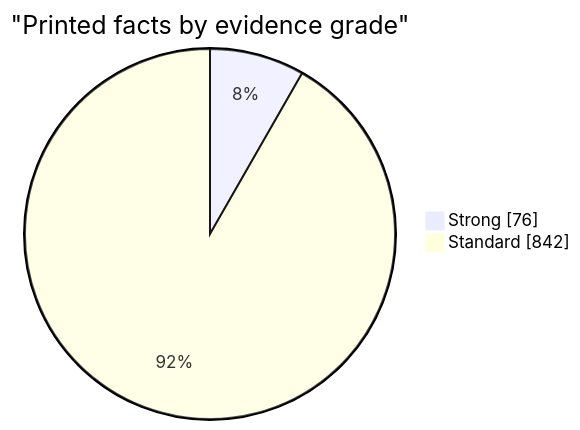
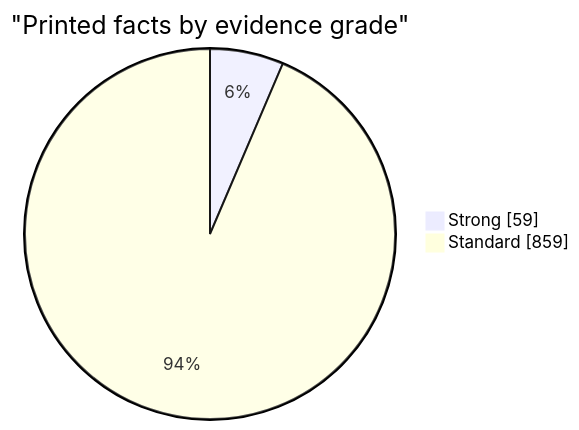
The first of 5 diagrams in docs/evidence.md (EU27-data-sovereignty/eu27-data-sovereignty), drawn with Mermaid before and after one commit. The commit also changed other lines of this file and 37 other files, not shown here.

````diff
--- a/docs/evidence.md
+++ b/docs/evidence.md
@@ -17,6 +17,6 @@
 ```mermaid
 pie showData
   title "Printed facts by evidence grade"
-  "Strong" : 76
-  "Standard" : 842
+  "Strong" : 59
+  "Standard" : 859
 ```
````
